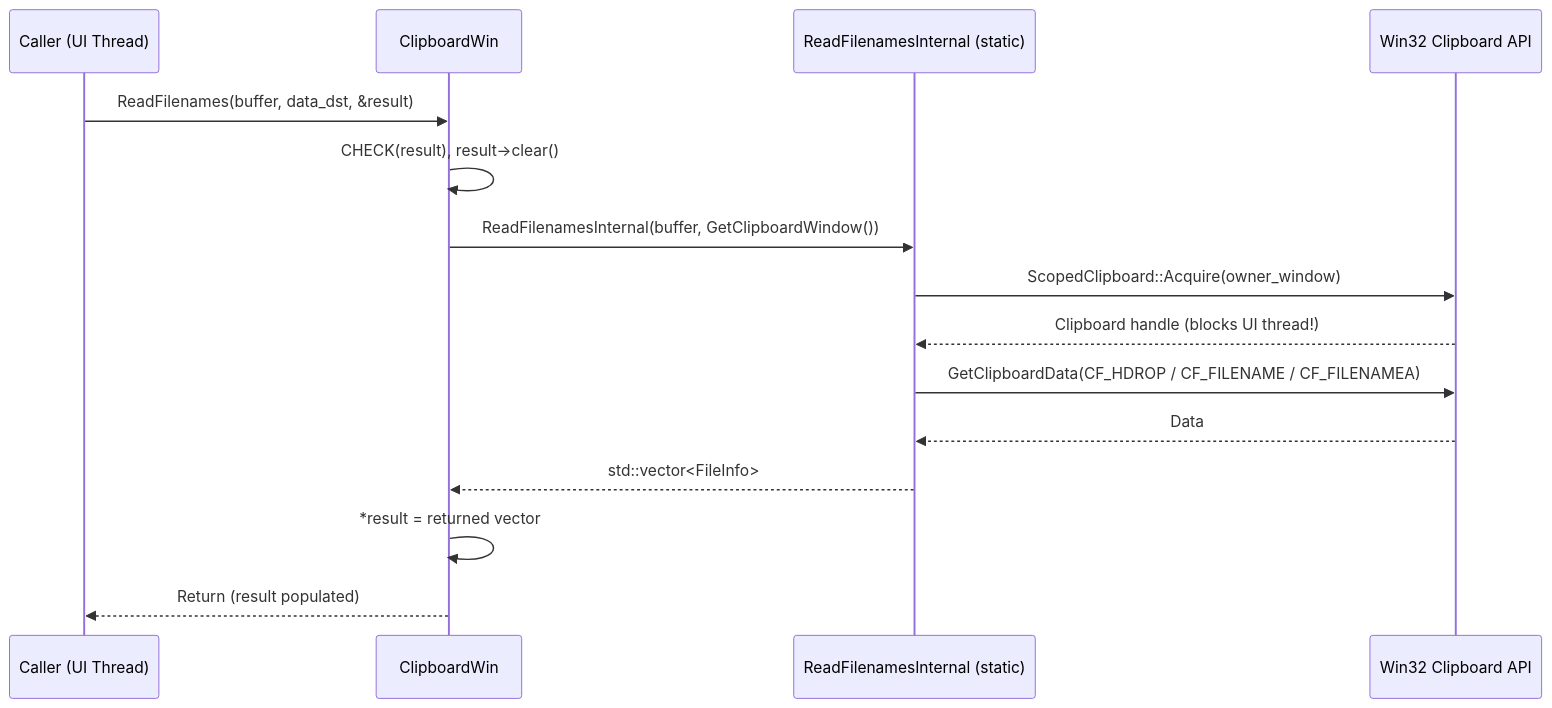
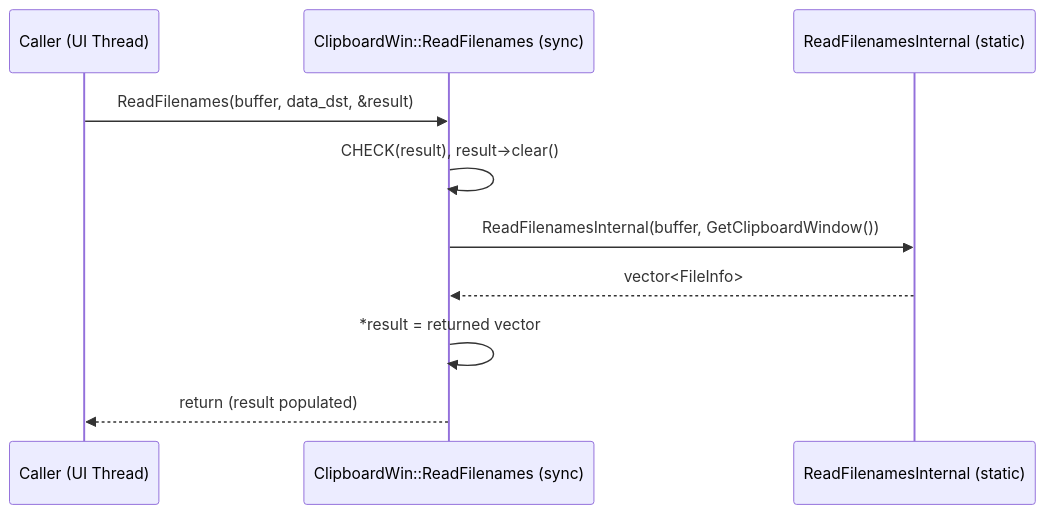
One commit to roraja/cr-llm-docs changed the third of 3 diagrams in fixes/cl-7556734-20260213/hld.md. Above: the diagram before and after it, drawn with Mermaid. The commit also changed other lines of this file, not shown here.

````diff
--- a/fixes/cl-7556734-20260213/hld.md
+++ b/fixes/cl-7556734-20260213/hld.md
@@ -129,18 +145,13 @@
 ```mermaid
 sequenceDiagram
     participant Caller as Caller (UI Thread)
-    participant CW as ClipboardWin
-    participant Internal as ReadFilenamesInternal (static)
-    participant Win32 as Win32 Clipboard API
+    participant CW as ClipboardWin::ReadFilenames (sync)
+    participant RFI as ReadFilenamesInternal (static)
 
     Caller->>CW: ReadFilenames(buffer, data_dst, &result)
     CW->>CW: CHECK(result), result->clear()
-    CW->>Internal: ReadFilenamesInternal(buffer, GetClipboardWindow())
-    Internal->>Win32: ScopedClipboard::Acquire(owner_window)
-    Win32-->>Internal: Clipboard handle (blocks UI thread!)
-    Internal->>Win32: GetClipboardData(CF_HDROP / CF_FILENAME / CF_FILENAMEA)
-    Win32-->>Internal: Data
-    Internal-->>CW: std::vector<FileInfo>
+    CW->>RFI: ReadFilenamesInternal(buffer, GetClipboardWindow())
+    RFI-->>CW: vector<FileInfo>
     CW->>CW: *result = returned vector
-    CW-->>Caller: Return (result populated)
+    CW-->>Caller: return (result populated)
 ```
````
